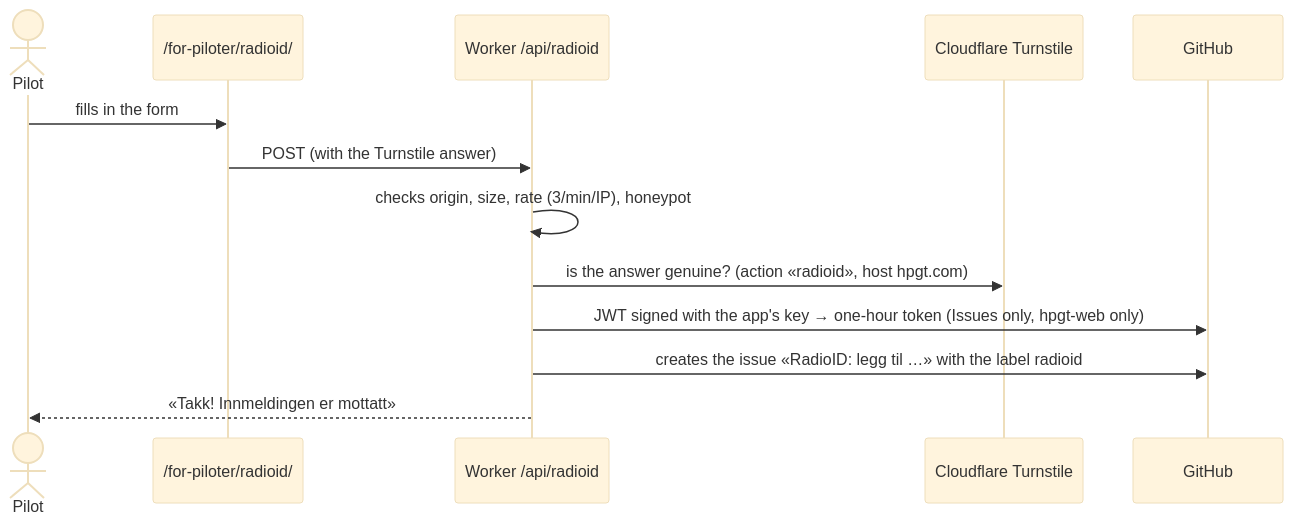
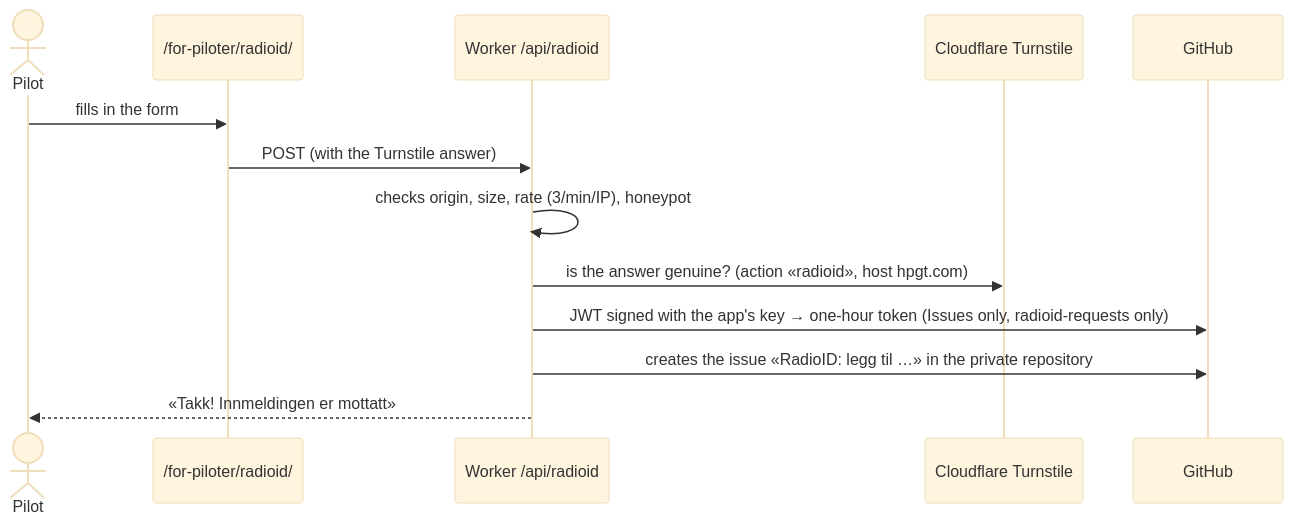
One commit to hpgt-com/hpgt-web changed the third of 3 diagrams in docs/architecture.md. Above: the diagram before and after it, drawn with Mermaid (base theme). The commit also changed other lines of this file and 9 other files, not shown here.

````diff
--- a/docs/architecture.md
+++ b/docs/architecture.md
@@ -126,16 +127,16 @@
 ```mermaid
 sequenceDiagram
   actor Pilot
   participant Page as /for-piloter/radioid/
   participant W as Worker /api/radioid
   participant TS as Cloudflare Turnstile
   participant GH as GitHub
 
   Pilot->>Page: fills in the form
   Page->>W: POST (with the Turnstile answer)
   W->>W: checks origin, size, rate (3/min/IP), honeypot
   W->>TS: is the answer genuine? (action «radioid», host hpgt.com)
-  W->>GH: JWT signed with the app's key → one-hour token (Issues only, hpgt-web only)
-  W->>GH: creates the issue «RadioID: legg til …» with the label radioid
+  W->>GH: JWT signed with the app's key → one-hour token (Issues only, radioid-requests only)
+  W->>GH: creates the issue «RadioID: legg til …» in the private repository
   W-->>Pilot: «Takk! Innmeldingen er mottatt»
 ```
````
